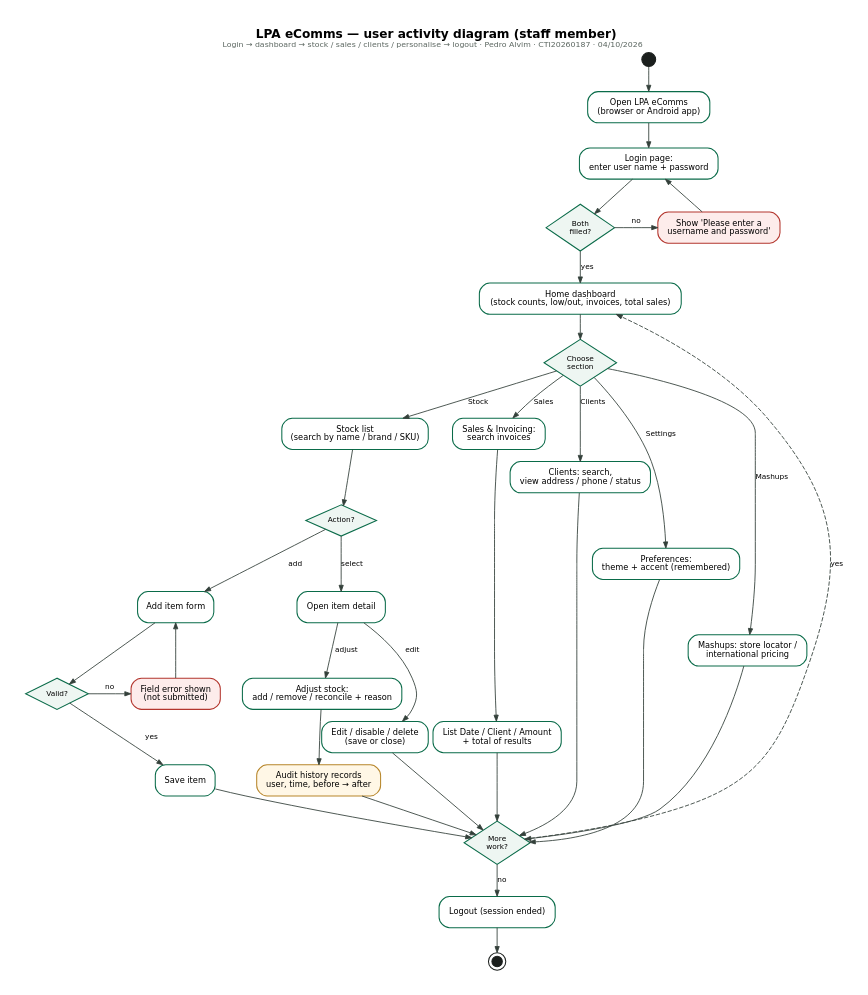
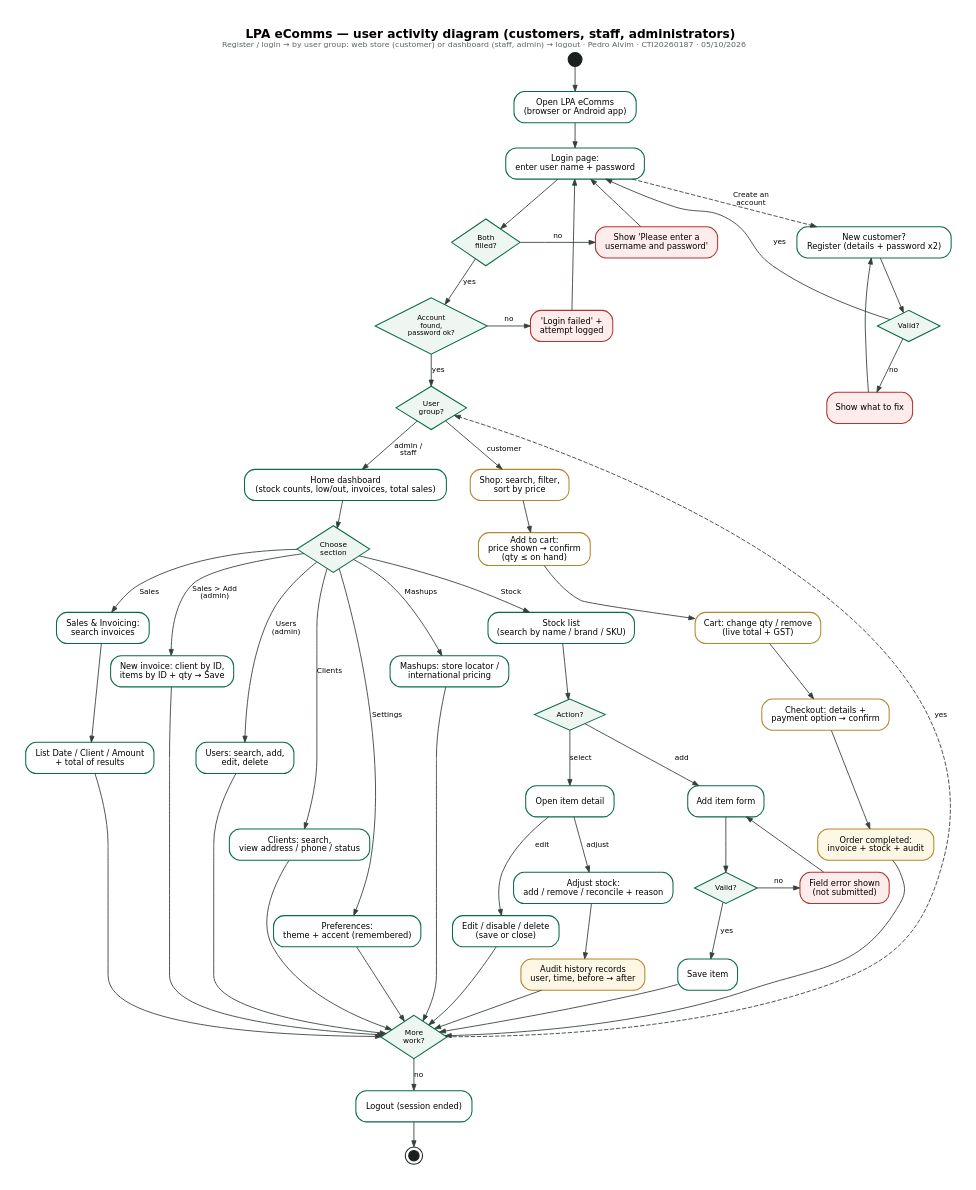
The diagram in docs/phase5/diagrams/activity.dot (0xrimuru/cluster3-project), drawn with Graphviz before and after one commit. The commit also changed 5 other files, not shown here.

First line of the commit message:
Phase 5 docs v1.1: requirements, diagrams and README after the requirements audit

```diff
--- a/docs/phase5/diagrams/activity.dot
+++ b/docs/phase5/diagrams/activity.dot
@@ -1,52 +1,72 @@
 digraph A {
   graph [rankdir=TB, fontname="DejaVu Sans", nodesep=0.35, ranksep=0.38, pad=0.3, bgcolor="white", labelloc=t,
-         label=<<b>LPA eComms — user activity diagram (staff member)</b><br/><font point-size="9" color="#5b6660">Login → dashboard → stock / sales / clients / personalise → logout · Pedro Alvim · CTI20260187 · 04/10/2026</font>>];
+         label=<<b>LPA eComms — user activity diagram (customers, staff, administrators)</b><br/><font point-size="9" color="#5b6660">Register / login → by user group: web store (customer) or dashboard (staff, admin) → logout · Pedro Alvim · CTI20260187 · 05/10/2026</font>>];
   node [fontname="DejaVu Sans", fontsize=9.5, shape=box, style="rounded,filled", fillcolor="#ffffff", color="#0a6b49", penwidth=1.2, margin="0.14,0.06"];
   edge [fontname="DejaVu Sans", fontsize=8.5, color="#33403a", arrowsize=0.7];
 
   start [shape=circle, label="", width=0.22, style=filled, fillcolor="#1b1f1d", color="#1b1f1d"];
   open  [label="Open LPA eComms\n(browser or Android app)"];
   login [label="Login page:\nenter user name + password"];
+  reg   [label="New customer?\nRegister (details + password x2)"];
+  regv  [shape=diamond, label="Valid?", style=filled, fillcolor="#eef6f2", fontsize=8.5];
+  regerr[label="Show what to fix", fillcolor="#fdeceb", color="#b3362e"];
+  cred  [shape=diamond, label="Account\nfound,\npassword ok?", style=filled, fillcolor="#eef6f2", fontsize=8, width=1.2, height=0.9];
+  credErr [label="'Login failed' +\nattempt logged", fillcolor="#fdeceb", color="#b3362e"];
+  grp   [shape=diamond, label="User\ngroup?", style=filled, fillcolor="#eef6f2", fontsize=8.5, width=1.0, height=0.7];
+  shop  [label="Shop: search, filter,\nsort by price", color="#b7862b"];
+  add2  [label="Add to cart:\nprice shown → confirm\n(qty ≤ on hand)", color="#b7862b"];
+  cart  [label="Cart: change qty / remove\n(live total + GST)", color="#b7862b"];
+  chk   [label="Checkout: details +\npayment option → confirm", color="#b7862b"];
+  done  [label="Order completed:\ninvoice + stock + audit", fillcolor="#fff7e6", color="#b7862b"];
   dv    [shape=diamond, label="Both\nfilled?", style=filled, fillcolor="#eef6f2", fontsize=8.5, width=1.1, height=0.75];
   err   [label="Show 'Please enter a\nusername and password'", fillcolor="#fdeceb", color="#b3362e"];
   home  [label="Home dashboard\n(stock counts, low/out, invoices, total sales)"];
   menu  [shape=diamond, label="Choose\nsection", style=filled, fillcolor="#eef6f2", fontsize=8.5, width=1.1, height=0.75];
 
   sstock [label="Stock list\n(search by name / brand / SKU)"];
   sact   [shape=diamond, label="Action?", style=filled, fillcolor="#eef6f2", fontsize=8.5];
   add    [label="Add item form"];
   valid  [shape=diamond, label="Valid?", style=filled, fillcolor="#eef6f2", fontsize=8.5];
   verr   [label="Field error shown\n(not submitted)", fillcolor="#fdeceb", color="#b3362e"];
   save   [label="Save item"];
   item   [label="Open item detail"];
   adj    [label="Adjust stock:\nadd / remove / reconcile + reason"];
   ledger [label="Audit history records\nuser, time, before → after", fillcolor="#fff7e6", color="#b7862b"];
   edit   [label="Edit / disable / delete\n(save or close)"];
 
   sales  [label="Sales & Invoicing:\nsearch invoices"];
+  newinv [label="New invoice: client by ID,\nitems by ID + qty → Save"];
+  users  [label="Users: search, add,\nedit, delete"];
   stotal [label="List Date / Client / Amount\n+ total of results"];
   clients[label="Clients: search,\nview address / phone / status"];
   prefs  [label="Preferences:\ntheme + accent (remembered)"];
   mash   [label="Mashups: store locator /\ninternational pricing"];
 
   more   [shape=diamond, label="More\nwork?", style=filled, fillcolor="#eef6f2", fontsize=8.5, width=1.0, height=0.7];
   logout [label="Logout (session ended)"];
   end    [shape=doublecircle, label="", width=0.16, style=filled, fillcolor="#1b1f1d", color="#1b1f1d"];
 
   start -> open -> login -> dv;
   dv -> err [label="no"]; err -> login;
-  dv -> home [label="yes"];
+  dv -> cred [label="yes"];
+  cred -> credErr [label="no"]; credErr -> login;
+  cred -> grp [label="yes"];
+  grp -> home [label="admin /\nstaff"];
+  grp -> shop [label="customer"];
+  shop -> add2 -> cart -> chk -> done -> more;
+  login -> reg [style=dashed, label="Create an\naccount"]; reg -> regv; regv -> regerr [label="no"]; regerr -> reg; regv -> login [label="yes", constraint=false];
   home -> menu;
-  menu -> sstock [label="Stock"]; menu -> sales [label="Sales"]; menu -> clients [label="Clients"]; menu -> prefs [label="Settings"]; menu -> mash [label="Mashups"];
+  menu -> sstock [label="Stock"]; menu -> sales [label="Sales"]; menu -> newinv [label="Sales > Add\n(admin)"]; menu -> users [label="Users\n(admin)"]; menu -> clients [label="Clients"]; menu -> prefs [label="Settings"]; menu -> mash [label="Mashups"];
   sstock -> sact;
   sact -> add [label="add"]; sact -> item [label="select"];
   add -> valid; valid -> verr [label="no"]; verr -> add; valid -> save [label="yes"];
   item -> adj [label="adjust"]; item -> edit [label="edit"];
   adj -> ledger;
   sales -> stotal;
-  save -> more; ledger -> more; edit -> more; stotal -> more; clients -> more; prefs -> more; mash -> more;
-  more -> home [label="yes", constraint=false, style=dashed];
+  newinv -> more; users -> more; save -> more; ledger -> more; edit -> more; stotal -> more; clients -> more; prefs -> more; mash -> more;
+  more -> grp [label="yes", constraint=false, style=dashed];
   more -> logout [label="no"]; logout -> end;
-  { rank=same; dv; err; }
+  { rank=same; dv; err; reg; }
+  { rank=same; cred; credErr; }
   { rank=same; valid; verr; }
 }
```
